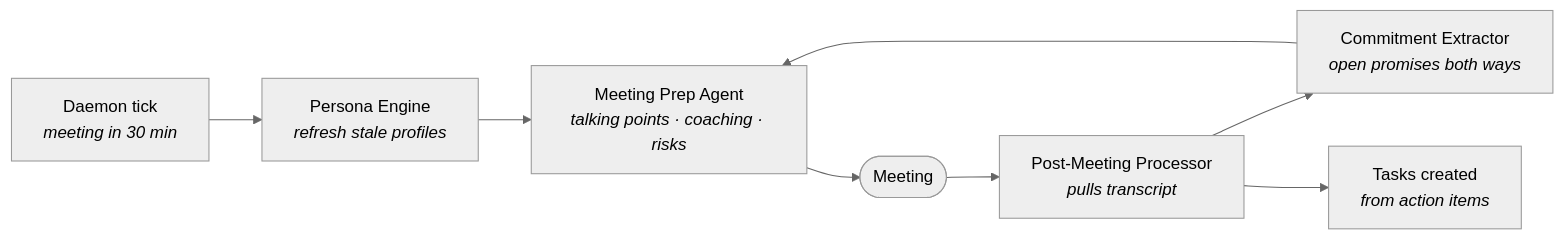
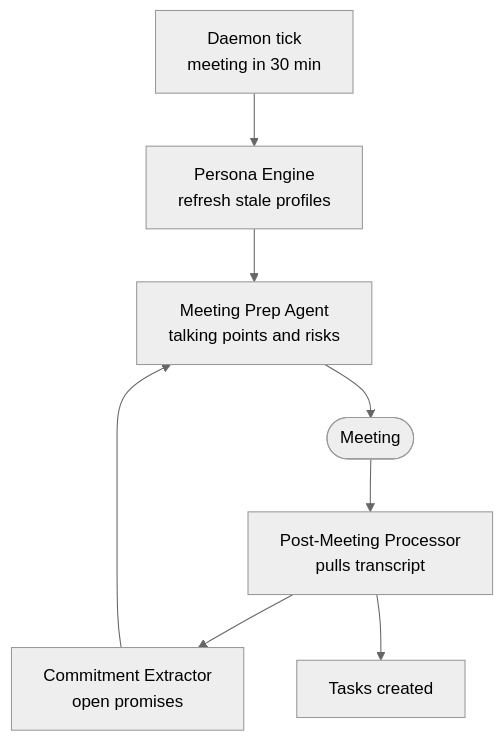
The third of 4 diagrams in nexus.md (baldwinjames/portfolio), drawn with Mermaid (neutral theme) before and after one commit. The commit also changed other lines of this file, not shown here.

Commit message:
Diagrams sized to GitHub's column so nothing gets scaled down

````diff
--- a/nexus.md
+++ b/nexus.md
@@ -72,10 +72,10 @@
 ```mermaid
-flowchart LR
-    D["Daemon tick<br/><i>meeting in 30 min</i>"] --> PE["Persona Engine<br/><i>refresh stale profiles</i>"]
-    PE --> MPA["Meeting Prep Agent<br/><i>talking points · coaching · risks</i>"]
-    CX["Commitment Extractor<br/><i>open promises both ways</i>"] --> MPA
+flowchart TB
+    D["Daemon tick<br/>meeting in 30 min"] --> PE["Persona Engine<br/>refresh stale profiles"]
+    PE --> MPA["Meeting Prep Agent<br/>talking points and risks"]
+    CX["Commitment Extractor<br/>open promises"] --> MPA
     MPA --> M(["Meeting"])
-    M --> PMP["Post-Meeting Processor<br/><i>pulls transcript</i>"]
+    M --> PMP["Post-Meeting Processor<br/>pulls transcript"]
     PMP --> CX
-    PMP --> TSK["Tasks created<br/><i>from action items</i>"]
+    PMP --> TSK["Tasks created"]
 ```
````
